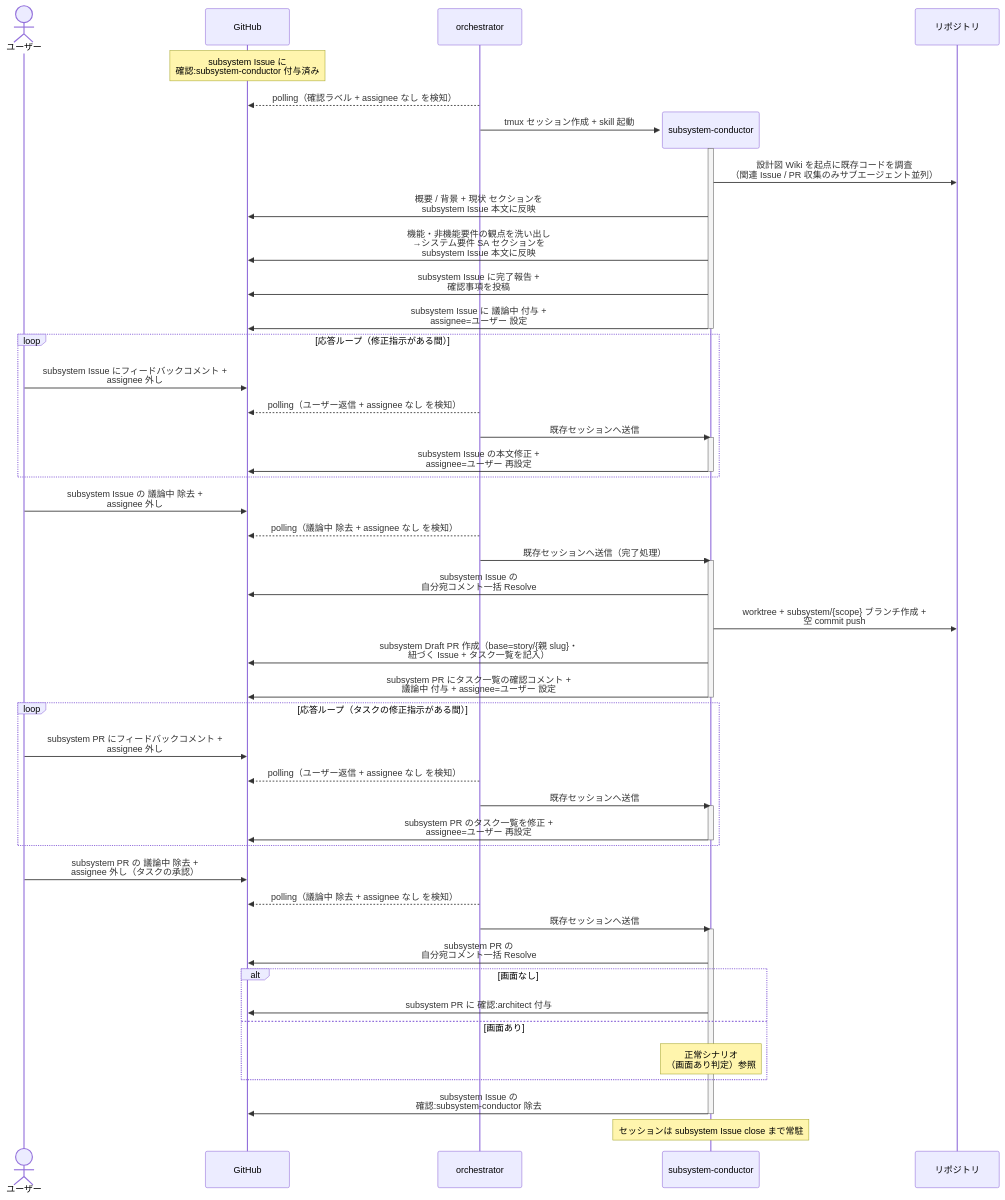
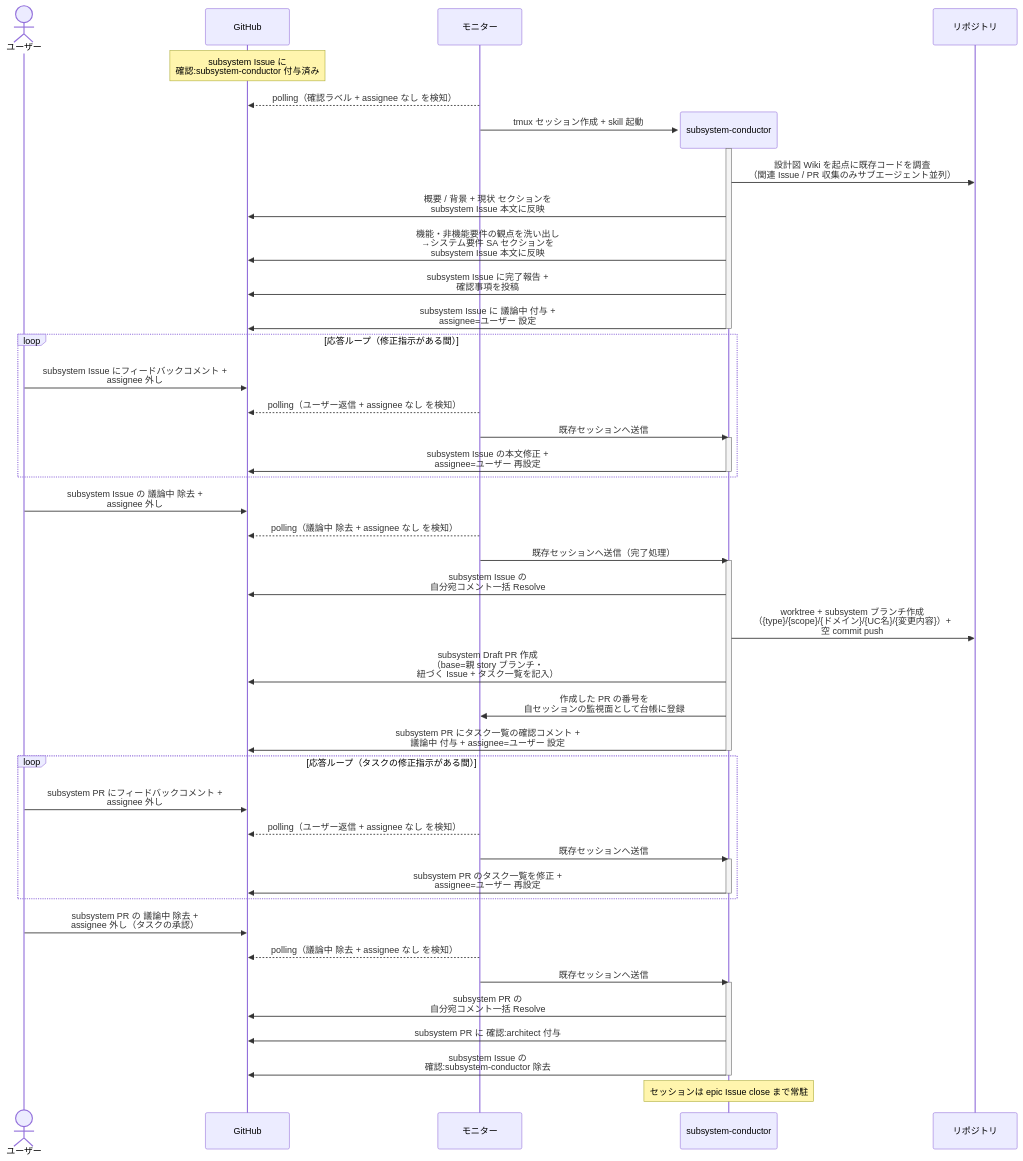
Before and after one commit to shuhei1101/ai-monitor: the diagram in docs/wiki/設計図/シナリオ/単一ユースケース/subsystem要件確定.md, drawn with Mermaid. The commit also changed other lines of this file and 196 other files, not shown here.

````diff
--- a/docs/wiki/設計図/シナリオ/単一ユースケース/subsystem要件確定.md
+++ b/docs/wiki/設計図/シナリオ/単一ユースケース/subsystem要件確定.md
@@ -19,61 +20,58 @@
 ```mermaid
 sequenceDiagram
   actor U as ユーザー
   participant GH as GitHub
-  participant ORC as orchestrator
+  participant ORC as モニター
 
   Note over GH: subsystem Issue に<br>確認:subsystem-conductor 付与済み
   ORC-->>GH: polling（確認ラベル + assignee なし を検知）
   create participant MON as subsystem-conductor
   ORC->>MON: tmux セッション作成 + skill 起動
   participant REPO as リポジトリ
   activate MON
   MON->>REPO: 設計図 Wiki を起点に既存コードを調査<br>（関連 Issue / PR 収集のみサブエージェント並列）
   MON->>GH: 概要 / 背景 + 現状 セクションを<br>subsystem Issue 本文に反映
   MON->>GH: 機能・非機能要件の観点を洗い出し<br>→システム要件 SA セクションを<br>subsystem Issue 本文に反映
   MON->>GH: subsystem Issue に完了報告 +<br>確認事項を投稿
   MON->>GH: subsystem Issue に 議論中 付与 +<br>assignee=ユーザー 設定
   deactivate MON
 
   loop 応答ループ（修正指示がある間）
     U->>GH: subsystem Issue にフィードバックコメント +<br>assignee 外し
     ORC-->>GH: polling（ユーザー返信 + assignee なし を検知）
     ORC->>MON: 既存セッションへ送信
     activate MON
     MON->>GH: subsystem Issue の本文修正 +<br>assignee=ユーザー 再設定
     deactivate MON
   end
 
   U->>GH: subsystem Issue の 議論中 除去 +<br>assignee 外し
   ORC-->>GH: polling（議論中 除去 + assignee なし を検知）
   ORC->>MON: 既存セッションへ送信（完了処理）
   activate MON
   MON->>GH: subsystem Issue の<br>自分宛コメント一括 Resolve
-  MON->>REPO: worktree + subsystem/{scope} ブランチ作成 +<br>空 commit push
-  MON->>GH: subsystem Draft PR 作成（base=story/{親 slug}・<br>紐づく Issue + タスク一覧を記入）
+  MON->>REPO: worktree + subsystem ブランチ作成<br>（{type}/{scope}/{ドメイン}/{UC名}/{変更内容}）+<br>空 commit push
+  MON->>GH: subsystem Draft PR 作成<br>（base=親 story ブランチ・<br>紐づく Issue + タスク一覧を記入）
+  MON->>ORC: 作成した PR の番号を<br>自セッションの監視面として台帳に登録
   MON->>GH: subsystem PR にタスク一覧の確認コメント +<br>議論中 付与 + assignee=ユーザー 設定
   deactivate MON
 
   loop 応答ループ（タスクの修正指示がある間）
     U->>GH: subsystem PR にフィードバックコメント +<br>assignee 外し
     ORC-->>GH: polling（ユーザー返信 + assignee なし を検知）
     ORC->>MON: 既存セッションへ送信
     activate MON
     MON->>GH: subsystem PR のタスク一覧を修正 +<br>assignee=ユーザー 再設定
     deactivate MON
   end
 
   U->>GH: subsystem PR の 議論中 除去 +<br>assignee 外し（タスクの承認）
   ORC-->>GH: polling（議論中 除去 + assignee なし を検知）
   ORC->>MON: 既存セッションへ送信
   activate MON
   MON->>GH: subsystem PR の<br>自分宛コメント一括 Resolve
-  alt 画面なし
-    MON->>GH: subsystem PR に 確認:architect 付与
-  else 画面あり
-    Note over MON: 正常シナリオ<br>（画面あり判定）参照
-  end
+  MON->>GH: subsystem PR に 確認:architect 付与
   MON->>GH: subsystem Issue の<br>確認:subsystem-conductor 除去
   deactivate MON
-  Note over MON: セッションは subsystem Issue close まで常駐
+  Note over MON: セッションは epic Issue close まで常駐
 ```
````
